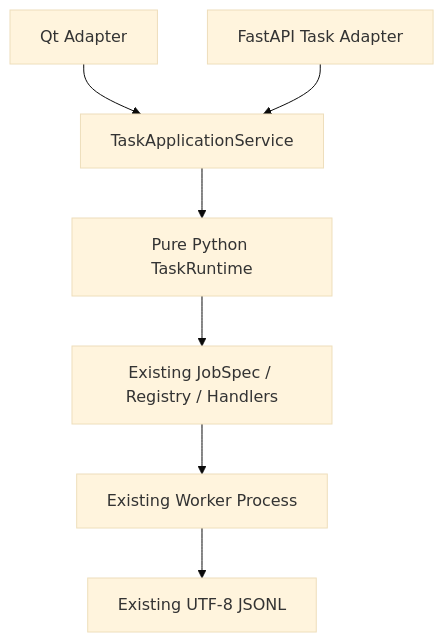
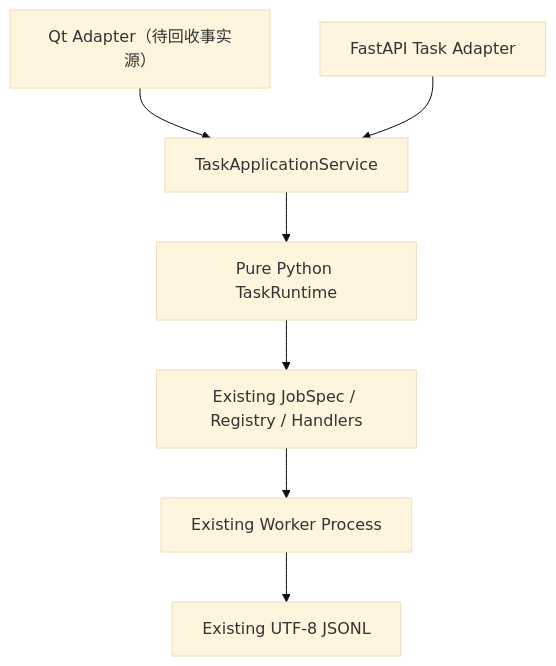
The fourth of 4 diagrams in docs/WEB_ARCHITECTURE.md (wxj183589/NetConsole), drawn with Mermaid (base theme) before and after one commit. The commit also changed other lines of this file and 19 other files, not shown here.

````diff
--- a/docs/WEB_ARCHITECTURE.md
+++ b/docs/WEB_ARCHITECTURE.md
@@ -72,9 +72,9 @@
 ```mermaid
 flowchart TD
-    QT["Qt Adapter"] --> APP["TaskApplicationService"]
+    LEGACY["Qt Adapter（待回收事实源）"] --> APP["TaskApplicationService"]
     FA["FastAPI Task Adapter"] --> APP
     APP --> RT["Pure Python TaskRuntime"]
     RT --> REG["Existing JobSpec / Registry / Handlers"]
     REG --> WP["Existing Worker Process"]
     WP --> JL["Existing UTF-8 JSONL"]
 ```
````
